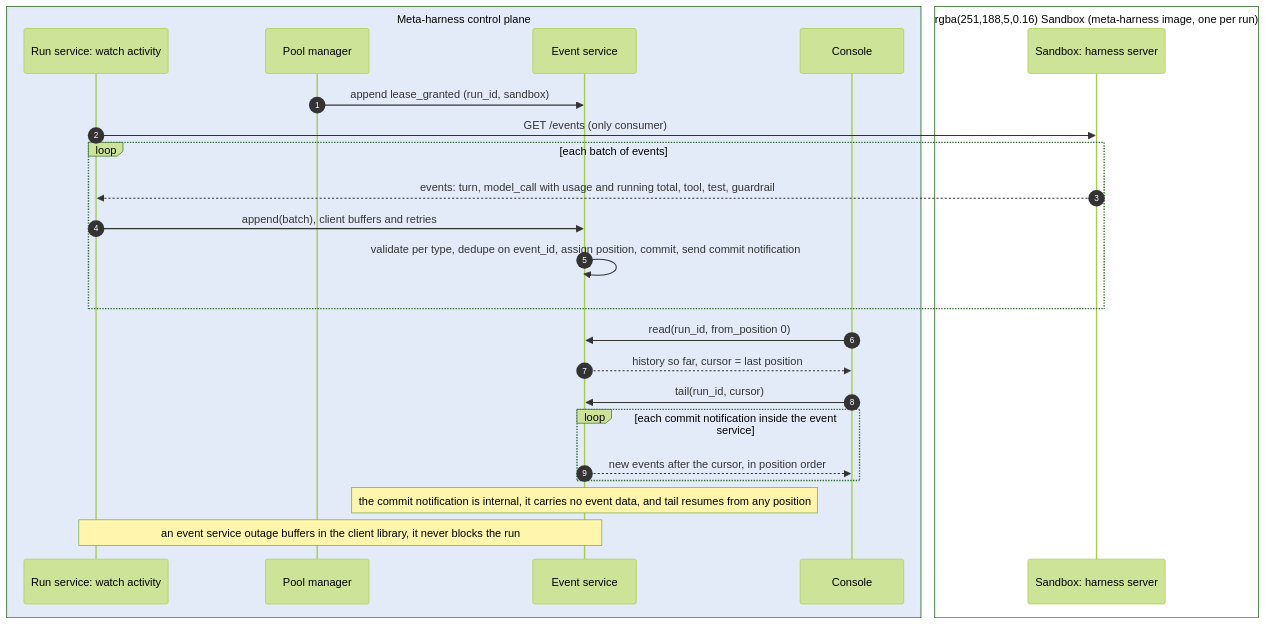
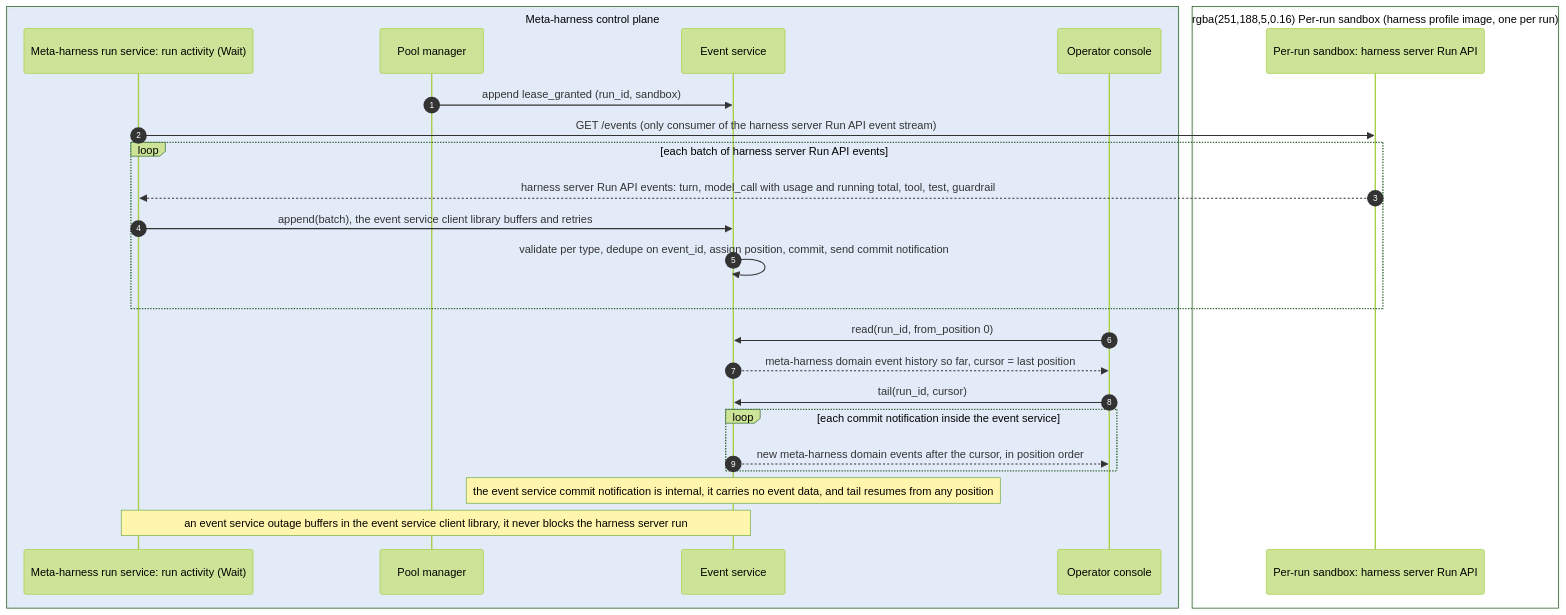
The sixth of 12 diagrams in docs/technical-design.md (davecthomas/meta-harness), drawn with Mermaid (forest theme) before and after one commit. The commit also changed other lines of this file, not shown here.

First line of the commit message:
docs/technical-design: label every component, and finish the run-loop rewrite

````diff
--- a/docs/technical-design.md
+++ b/docs/technical-design.md
@@ -1029,29 +1118,29 @@
 ```mermaid
 sequenceDiagram
     autonumber
     box rgba(66,135,245,0.12) Meta-harness control plane
-    participant WA as Run service: watch activity
+    participant WA as Meta-harness run service: run activity (Wait)
     participant PM as Pool manager
     participant EV as Event service
-    participant CON as Console
+    participant CON as Operator console
     end
-    box rgba(251,188,5,0.16) Sandbox (meta-harness image, one per run)
-    participant SB as Sandbox: harness server
+    box rgba(251,188,5,0.16) Per-run sandbox (harness profile image, one per run)
+    participant SB as Per-run sandbox: harness server Run API
     end
 
     PM->>EV: append lease_granted (run_id, sandbox)
-    WA->>SB: GET /events (only consumer)
-    loop each batch of events
-        SB-->>WA: events: turn, model_call with usage and running total, tool, test, guardrail
-        WA->>EV: append(batch), client buffers and retries
+    WA->>SB: GET /events (only consumer of the harness server Run API event stream)
+    loop each batch of harness server Run API events
+        SB-->>WA: harness server Run API events: turn, model_call with usage and running total, tool, test, guardrail
+        WA->>EV: append(batch), the event service client library buffers and retries
         EV->>EV: validate per type, dedupe on event_id, assign position, commit, send commit notification
     end
     CON->>EV: read(run_id, from_position 0)
-    EV-->>CON: history so far, cursor = last position
+    EV-->>CON: meta-harness domain event history so far, cursor = last position
     CON->>EV: tail(run_id, cursor)
     loop each commit notification inside the event service
-        EV-->>CON: new events after the cursor, in position order
+        EV-->>CON: new meta-harness domain events after the cursor, in position order
     end
-    Note over EV: the commit notification is internal, it carries no event data, and tail resumes from any position
-    Note over WA,EV: an event service outage buffers in the client library, it never blocks the run
+    Note over EV: the event service commit notification is internal, it carries no event data, and tail resumes from any position
+    Note over WA,EV: an event service outage buffers in the event service client library, it never blocks the harness server run
 ```
````
